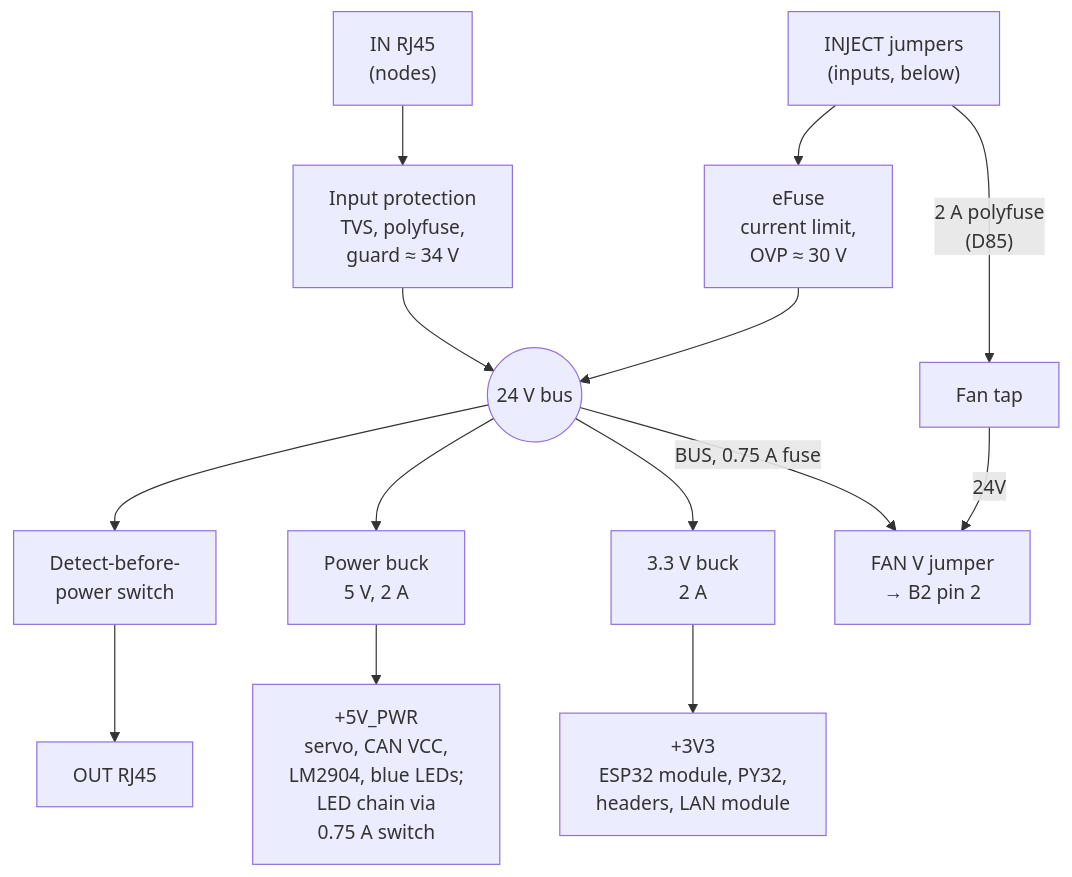
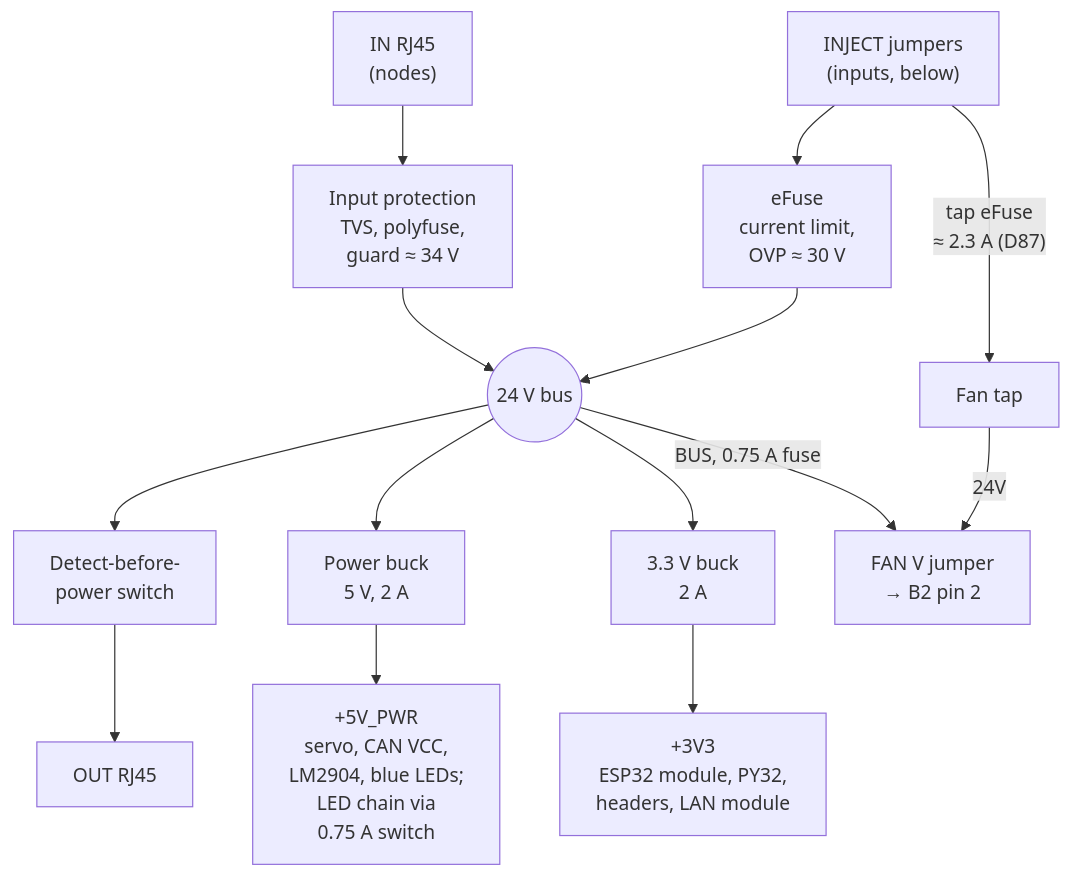
The first of 3 diagrams in docs/02_hardware_specification.md (BashfulBits/3dp-fleet-exhaust), drawn with Mermaid before and after one commit. The commit also changed other lines of this file and 4 other files, not shown here.

First line of the commit message:
D87: fan-tap eFuse in place of its polyfuse

````diff
--- a/docs/02_hardware_specification.md
+++ b/docs/02_hardware_specification.md
@@ -55,13 +55,13 @@
 ```mermaid
 flowchart TB
   IN["IN RJ45<br>(nodes)"] --> PROT["Input protection<br>TVS, polyfuse,<br>guard ≈ 34 V"]
   INJ["INJECT jumpers<br>(inputs, below)"] --> EF["eFuse<br>current limit,<br>OVP ≈ 30 V"]
   PROT --> BUS(("24 V bus"))
   EF --> BUS
   BUS --> DBP["Detect-before-<br>power switch"] --> OUT["OUT RJ45"]
   BUS --> BP["Power buck<br>5 V, 2 A"] --> P5["+5V_PWR<br>servo, CAN VCC,<br>LM2904, blue LEDs;<br>LED chain via<br>0.75 A switch"]
   BUS --> B3["3.3 V buck<br>2 A"] --> S3["+3V3<br>ESP32 module, PY32,<br>headers, LAN module"]
-  INJ -->|"2 A polyfuse<br>(D85)"| TAP["Fan tap"]
+  INJ -->|"tap eFuse<br>≈ 2.3 A (D87)"| TAP["Fan tap"]
   TAP -->|"24V"| FV["FAN V jumper<br>→ B2 pin 2"]
   BUS -->|"BUS, 0.75 A fuse"| FV
 ```
````
